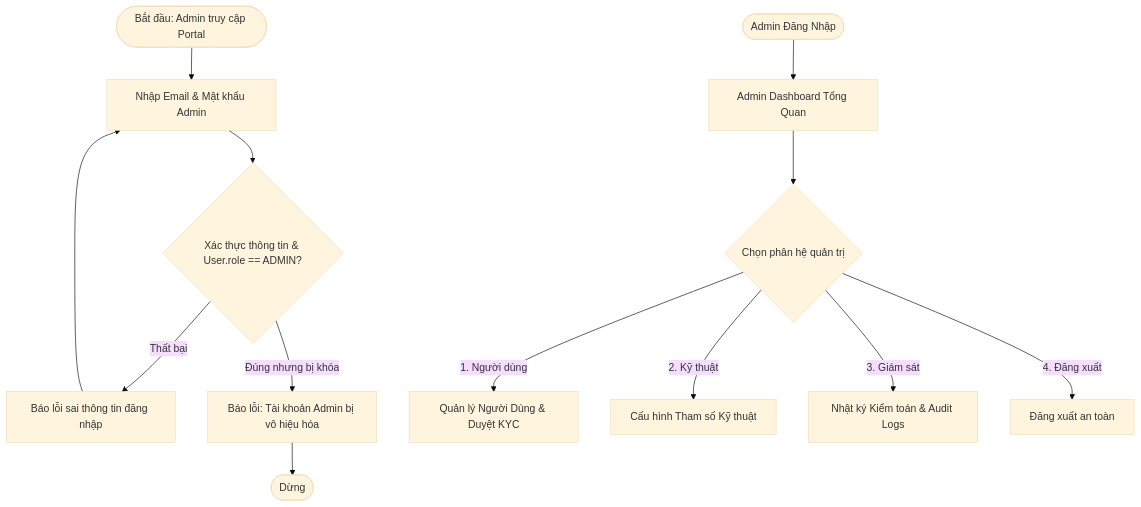
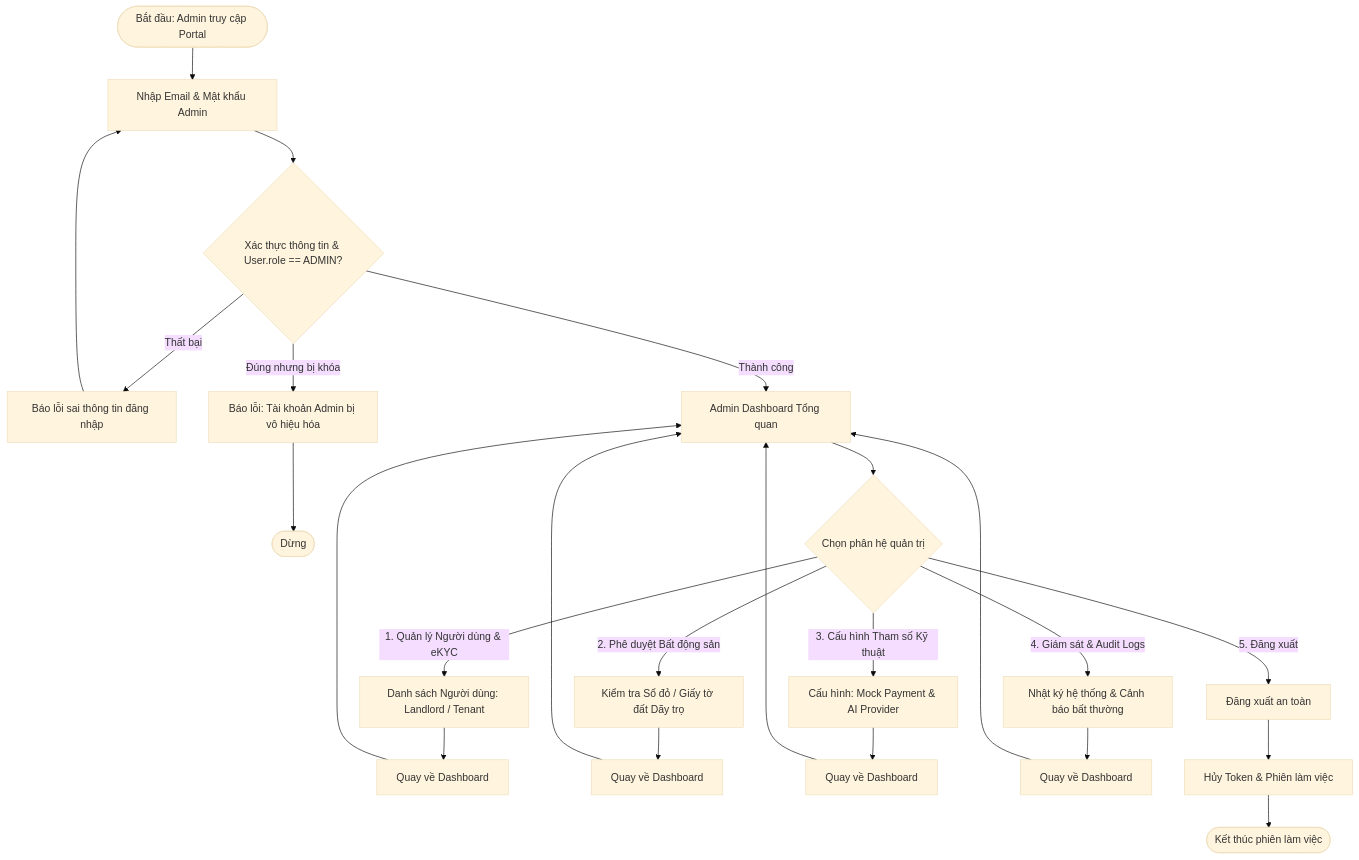
The first of 6 diagrams in phase-1/discovery/user_flow/admin_user_flow.md (pbl6-home-renter/docs), drawn with Mermaid (base theme) before and after one commit. The commit also changed other lines of this file and 3 other files, not shown here.

````diff
--- a/phase-1/discovery/user_flow/admin_user_flow.md
+++ b/phase-1/discovery/user_flow/admin_user_flow.md
@@ -21,14 +30,24 @@
 ```mermaid
 flowchart TD
     StartAdmin([Bắt đầu: Admin truy cập Portal]) --> InputAuth[Nhập Email & Mật khẩu Admin]
     InputAuth --> CheckAdminAuth{Xác thực thông tin & User.role == ADMIN?}
-    AdminStart([Admin Đăng Nhập]) --> AdminDash[Admin Dashboard Tổng Quan]
-    AdminDash --> NavChoice{Chọn phân hệ quản trị}
     
     CheckAdminAuth -->|Thất bại| AuthErr[Báo lỗi sai thông tin đăng nhập] --> InputAuth
     CheckAdminAuth -->|Đúng nhưng bị khóa| LockedErr[Báo lỗi: Tài khoản Admin bị vô hiệu hóa] --> EndAdminFail([Dừng])
-    NavChoice -->|1. Người dùng| SubUser[Quản lý Người Dùng & Duyệt KYC]
-    NavChoice -->|2. Kỹ thuật| SubConfig[Cấu hình Tham số Kỹ thuật]
-    NavChoice -->|3. Giám sát| SubLogs[Nhật ký Kiểm toán & Audit Logs]
-    NavChoice -->|4. Đăng xuất| AdminLogout[Đăng xuất an toàn]
+    CheckAdminAuth -->|Thành công| AdminDash[Admin Dashboard Tổng quan]
+    
+    AdminDash --> NavChoice{Chọn phân hệ quản trị}
+    
+    NavChoice -->|1. Quản lý Người dùng & eKYC| SubUser[Danh sách Người dùng: Landlord / Tenant]
+    NavChoice -->|2. Phê duyệt Bất động sản| SubProperty[Kiểm tra Sổ đỏ / Giấy tờ đất Dãy trọ]
+    NavChoice -->|3. Cấu hình Tham số Kỹ thuật| SubConfig[Cấu hình: Mock Payment & AI Provider]
+    NavChoice -->|4. Giám sát & Audit Logs| SubLogs[Nhật ký hệ thống & Cảnh báo bất thường]
+    NavChoice -->|5. Đăng xuất| AdminLogout[Đăng xuất an toàn]
+    
+    SubUser --> RetDash1[Quay về Dashboard] --> AdminDash
+    SubProperty --> RetDash2[Quay về Dashboard] --> AdminDash
+    SubConfig --> RetDash3[Quay về Dashboard] --> AdminDash
+    SubLogs --> RetDash4[Quay về Dashboard] --> AdminDash
+    
+    AdminLogout --> ClearAdminJWT[Hủy Token & Phiên làm việc] --> EndAdminSuccess([Kết thúc phiên làm việc])
 ```
````
